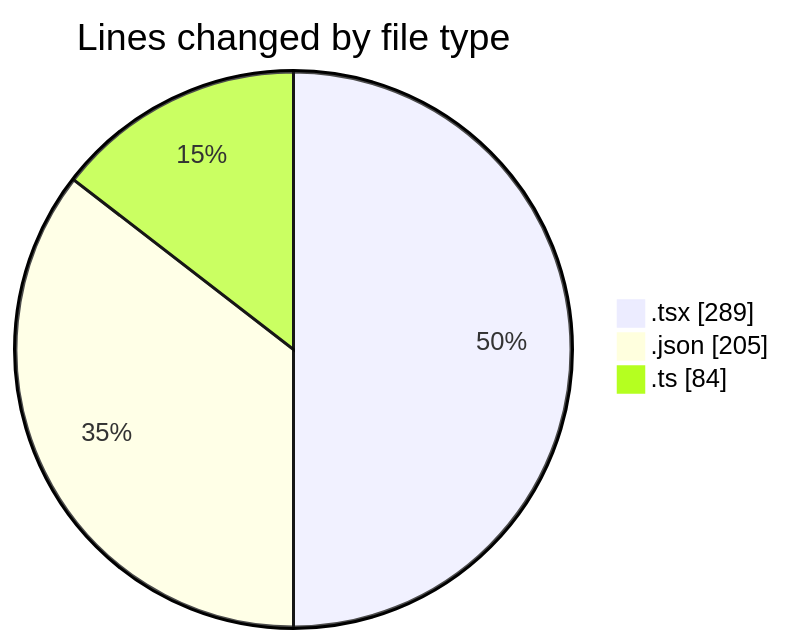
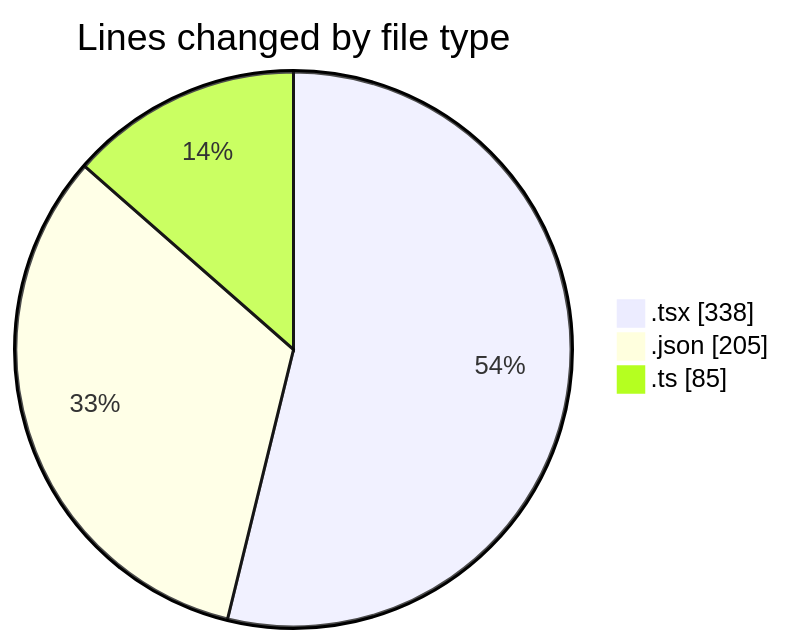
The first of 2 diagrams in 2025-04-30/niten/README.md (Elitesun/code-tracking), drawn with Mermaid before and after one commit. The commit also changed other lines of this file and 1 other file, not shown here.

````diff
--- a/2025-04-30/niten/README.md
+++ b/2025-04-30/niten/README.md
@@ -28,7 +30,7 @@
 ```mermaid
 pie showData
 title Lines changed by file type
-".tsx" : 289
+".tsx" : 338
 ".json" : 205
-".ts" : 84
+".ts" : 85
 ```
````
